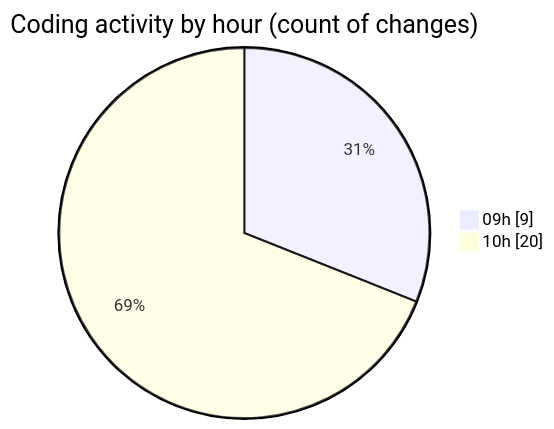
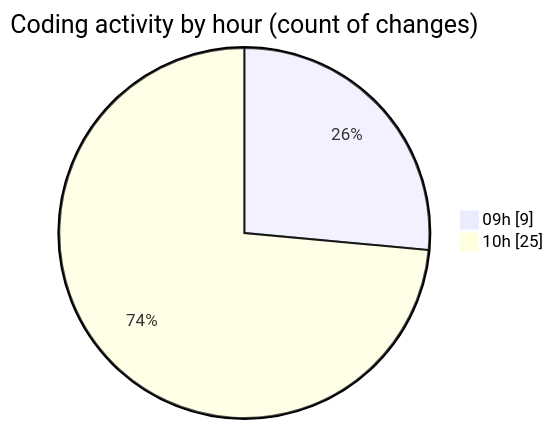
The second of 2 diagrams in 2025-09-18/cda/README.md (momahboobian/code-tracking), drawn with Mermaid before and after one commit. The commit also changed other lines of this file and 1 other file, not shown here.

````diff
--- a/2025-09-18/cda/README.md
+++ b/2025-09-18/cda/README.md
@@ -34,6 +34,6 @@
 ```mermaid
 pie showData
 title Coding activity by hour (count of changes)
 "09h" : 9
-"10h" : 20
+"10h" : 25
 ```
````
